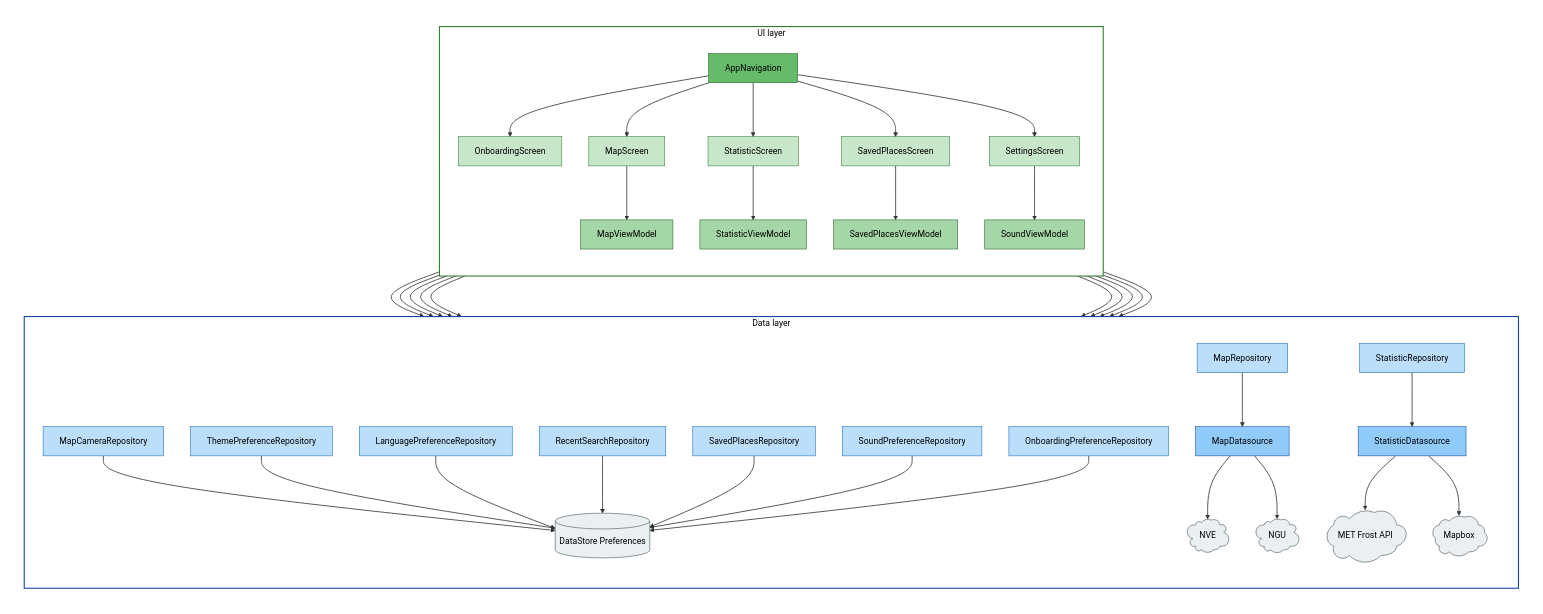
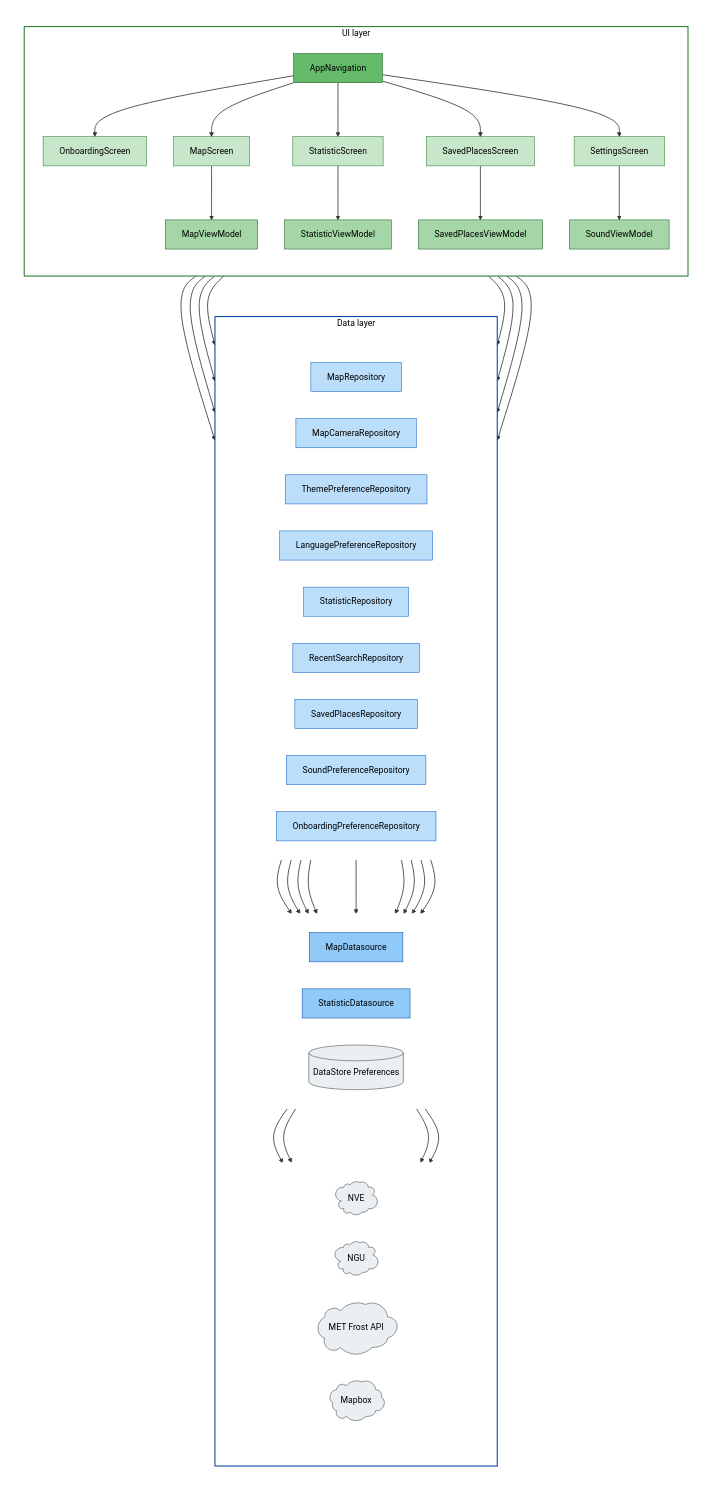
The diagram in ARCHITECTURE.md (Dannevanne/klima-app), drawn with Mermaid before and after one commit. The commit also changed other lines of this file, not shown here.

Commit message:
fix: ARCHITECTURE.md mermaid uses row sub-subgraphs and drops cross-feature edges

```diff
--- a/ARCHITECTURE.md
+++ b/ARCHITECTURE.md
@@ -142,25 +142,33 @@
         subgraph DATA["Data layer"]
             direction TB
 
-            MapCameraRepo["MapCameraRepository"]:::repo
-            ThemeRepo["ThemePreferenceRepository"]:::repo
-            LangRepo["LanguagePreferenceRepository"]:::repo
-            MapRepo["MapRepository"]:::repo
-            StatRepo["StatisticRepository"]:::repo
-            RecentRepo["RecentSearchRepository"]:::repo
-            SavRepo["SavedPlacesRepository"]:::repo
-            SoundRepo["SoundPreferenceRepository"]:::repo
-            OnbRepo["OnboardingPreferenceRepository"]:::repo
+            subgraph REPOS[" "]
+                direction LR
+                MapRepo["MapRepository"]:::repo
+                MapCameraRepo["MapCameraRepository"]:::repo
+                ThemeRepo["ThemePreferenceRepository"]:::repo
+                LangRepo["LanguagePreferenceRepository"]:::repo
+                StatRepo["StatisticRepository"]:::repo
+                RecentRepo["RecentSearchRepository"]:::repo
+                SavRepo["SavedPlacesRepository"]:::repo
+                SoundRepo["SoundPreferenceRepository"]:::repo
+                OnbRepo["OnboardingPreferenceRepository"]:::repo
+            end
 
-            MapDS["MapDatasource"]:::ds
-            StatDS["StatisticDatasource"]:::ds
+            subgraph DSRCS[" "]
+                direction LR
+                MapDS["MapDatasource"]:::ds
+                StatDS["StatisticDatasource"]:::ds
+                DS[("DataStore Preferences")]:::store
+            end
 
-            DS[("DataStore Preferences")]:::store
-
-            NVE@{ shape: cloud, label: "NVE" }
-            NGU@{ shape: cloud, label: "NGU" }
-            Frost@{ shape: cloud, label: "MET Frost API" }
-            Mapbox@{ shape: cloud, label: "Mapbox" }
+            subgraph APIS[" "]
+                direction LR
+                NVE@{ shape: cloud, label: "NVE" }
+                NGU@{ shape: cloud, label: "NGU" }
+                Frost@{ shape: cloud, label: "MET Frost API" }
+                Mapbox@{ shape: cloud, label: "Mapbox" }
+            end
 
             MapRepo --> MapDS
             StatRepo --> StatDS
@@ -181,7 +189,7 @@
 
         class NVE,NGU,Frost,Mapbox api
 
-        %% VM to Repo edges (primary + cross-feature)
+        %% Primary VM -> Repo edges only (cross-feature edges live in prose)
         MapVM --> MapRepo
         MapVM --> MapCameraRepo
         MapVM --> ThemeRepo
@@ -189,8 +197,6 @@
         StatVM --> StatRepo
         StatVM --> RecentRepo
         SavVM --> SavRepo
-        SavVM --> MapRepo
-        SavVM --> StatRepo
         SoundVM --> SoundRepo
     end
 
@@ -199,6 +205,9 @@
     style CANVAS fill:#ffffff,stroke:#ffffff,color:#000000
     style UI fill:#ffffff,stroke:#2e7d32,stroke-width:2px,color:#000000
     style DATA fill:#ffffff,stroke:#0d47a1,stroke-width:2px,color:#000000
+    style REPOS fill:#ffffff,stroke:#ffffff
+    style DSRCS fill:#ffffff,stroke:#ffffff
+    style APIS fill:#ffffff,stroke:#ffffff
 
     classDef navhost fill:#66bb6a,stroke:#1b5e20,color:#000
     classDef screen fill:#c8e6c9,stroke:#2e7d32,color:#000
```
